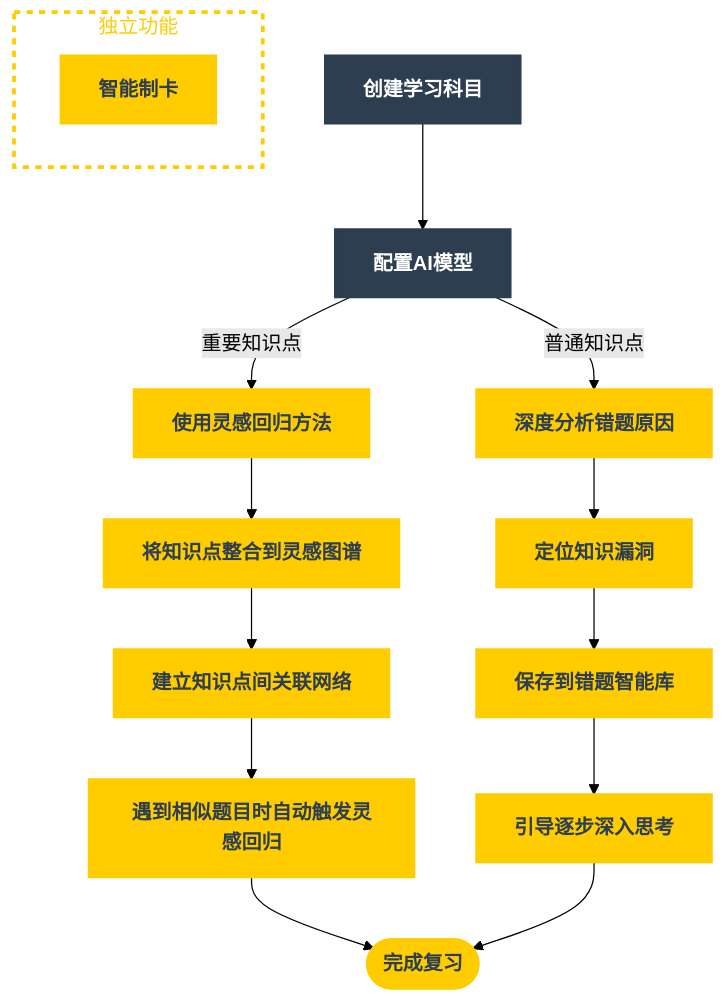
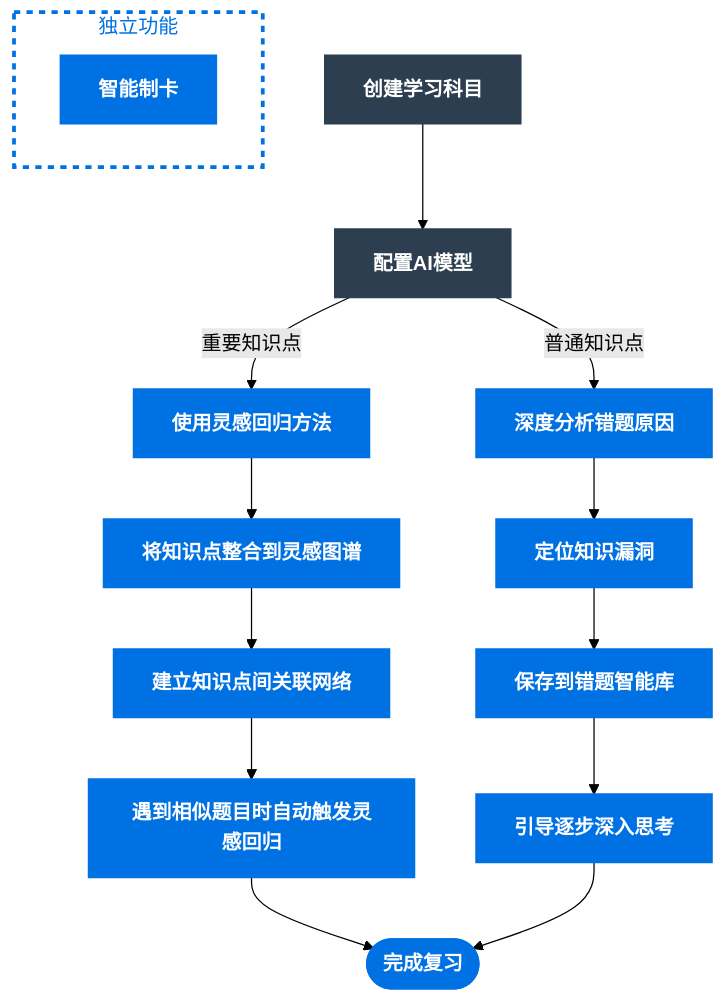
The diagram in docs/guide/function.md (BA7MLV/ds-web), drawn with Mermaid (forest theme) before and after one commit.

Commit message:
refactor(docs): 统一强调色为蓝色 #0071e3
- function.md: 将 mermaid 图表中的 #FFCC00 替换为项目主色 #0071e3

````diff
--- a/docs/guide/function.md
+++ b/docs/guide/function.md
@@ -5,40 +5,40 @@
 ```mermaid
 graph TD
     %% ====== 主学习流程 ======
     A[创建学习科目]
     A --> B[配置AI模型]
     
     %% ====== 重要知识点路径细化 ======
     B -->|重要知识点| D1[使用灵感回归方法]
     D1 --> D2[将知识点整合到灵感图谱]
     D2 --> D3[建立知识点间关联网络]
     D3 --> D4[遇到相似题目时自动触发灵感回归]
     D4 --> H([完成复习])
     
     %% ====== 普通知识点路径细化 ======
     B -->|普通知识点| F1[深度分析错题原因]
     F1 --> F2[定位知识漏洞]
     F2 --> F3[保存到错题智能库]
     F3 --> F4[引导逐步深入思考]
     F4 --> H
     
     %% ====== 独立功能模块 ======
-    classDef moduleStyle fill:none,stroke:#FFCC00,stroke-width:3px,stroke-dasharray:5,5,color:#FFCC00
+    classDef moduleStyle fill:none,stroke:#0071e3,stroke-width:3px,stroke-dasharray:5,5,color:#0071e3
     subgraph 独立功能
         G[智能制卡]
     end
     class 独立功能 moduleStyle
 
     %% ====== 样式定义 ======
     classDef default fill:#2C3E50,stroke:#2C3E50,color:#FFFFFF,stroke-width:2px,font-weight:bold
-    classDef highlight fill:#FFCC00,stroke:#FFCC00,color:#2C3E50,stroke-width:2px,font-weight:bold
-    classDef diamond fill:#2C3E50,stroke:#FFCC00,color:#FFFFFF,stroke-width:2px,shape:diamond
+    classDef highlight fill:#0071e3,stroke:#0071e3,color:#FFFFFF,stroke-width:2px,font-weight:bold
+    classDef diamond fill:#2C3E50,stroke:#0071e3,color:#FFFFFF,stroke-width:2px,shape:diamond
     
     %% ====== 应用样式 ======
     class H highlight
     class A,B default
     class D1,D2,D3,D4,D5 highlight
     class F1,F2,F3,F4,F5 highlight
     class G highlight
 
 ```
````
